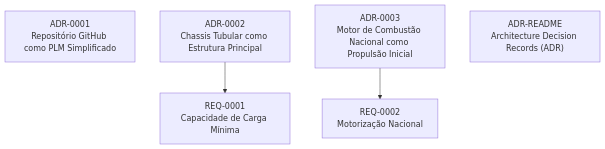
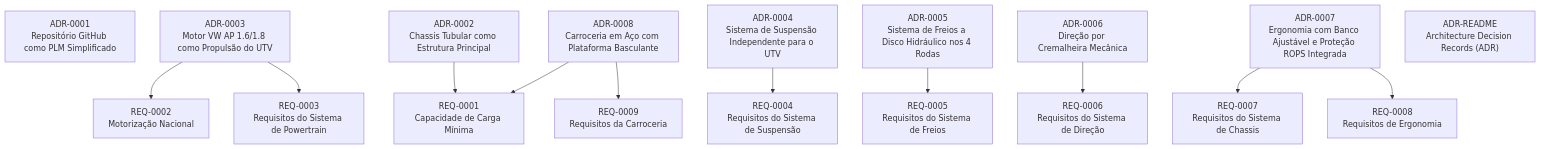
The diagram in docs/_generated/adr-graph.md (caiocgv/utv_startup), drawn with Mermaid before and after one commit. The commit also changed other lines of this file and 9 other files, not shown here.

Commit message:
chore: regenerate Mermaid diagrams [skip ci]

````diff
--- a/docs/_generated/adr-graph.md
+++ b/docs/_generated/adr-graph.md
@@ -17,11 +17,32 @@
 ```mermaid
 flowchart TD
     ADR_0001["ADR-0001<br/>Repositório GitHub como PLM Simplificado"]
     ADR_0002["ADR-0002<br/>Chassis Tubular como Estrutura Principal"]
-    ADR_0003["ADR-0003<br/>Motor de Combustão Nacional como Propulsão Inicial"]
+    ADR_0003["ADR-0003<br/>Motor VW AP 1.6/1.8 como Propulsão do UTV"]
+    ADR_0004["ADR-0004<br/>Sistema de Suspensão Independente para o UTV"]
+    ADR_0005["ADR-0005<br/>Sistema de Freios a Disco Hidráulico nos 4 Rodas"]
+    ADR_0006["ADR-0006<br/>Direção por Cremalheira Mecânica"]
+    ADR_0007["ADR-0007<br/>Ergonomia com Banco Ajustável e Proteção ROPS Integrada"]
+    ADR_0008["ADR-0008<br/>Carroceria em Aço com Plataforma Basculante"]
     ADR_README["ADR-README<br/>Architecture Decision Records (ADR)"]
     REQ_0001["REQ-0001<br/>Capacidade de Carga Mínima"]
     ADR_0002 --> REQ_0001
     REQ_0002["REQ-0002<br/>Motorização Nacional"]
     ADR_0003 --> REQ_0002
+    REQ_0003["REQ-0003<br/>Requisitos do Sistema de Powertrain"]
+    ADR_0003 --> REQ_0003
+    REQ_0004["REQ-0004<br/>Requisitos do Sistema de Suspensão"]
+    ADR_0004 --> REQ_0004
+    REQ_0005["REQ-0005<br/>Requisitos do Sistema de Freios"]
+    ADR_0005 --> REQ_0005
+    REQ_0006["REQ-0006<br/>Requisitos do Sistema de Direção"]
+    ADR_0006 --> REQ_0006
+    REQ_0007["REQ-0007<br/>Requisitos do Sistema de Chassis"]
+    ADR_0007 --> REQ_0007
+    REQ_0008["REQ-0008<br/>Requisitos de Ergonomia"]
+    ADR_0007 --> REQ_0008
+    REQ_0001["REQ-0001<br/>Capacidade de Carga Mínima"]
+    ADR_0008 --> REQ_0001
+    REQ_0009["REQ-0009<br/>Requisitos da Carroceria"]
+    ADR_0008 --> REQ_0009
 ```
````
